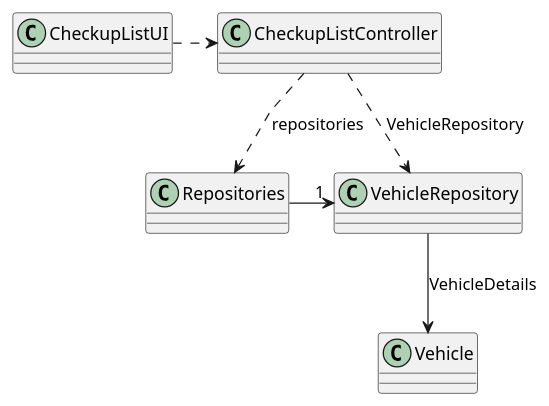
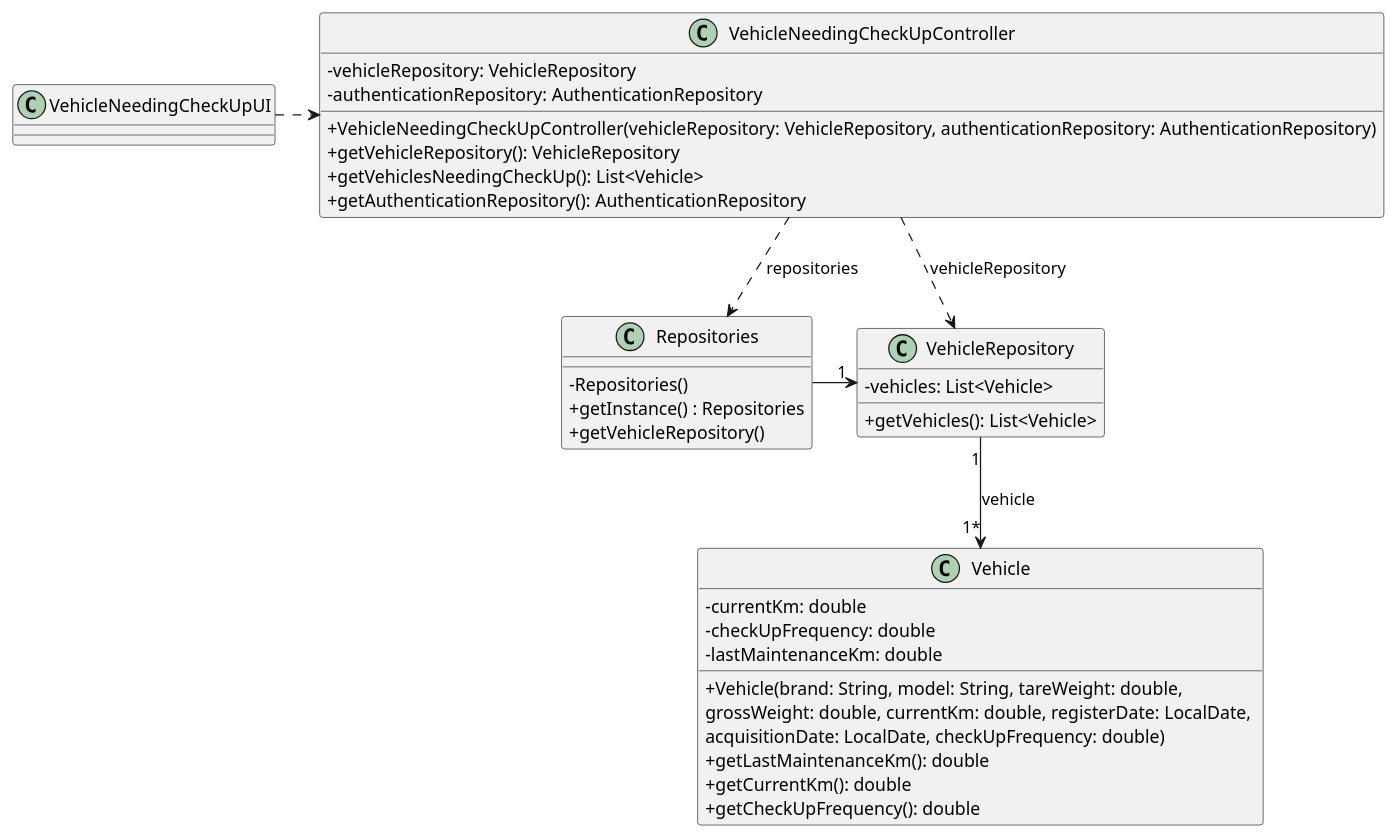
The diagram in docs/sprintB/us008/03.design/puml/us008-class-diagram.puml (Departamento-de-Engenharia-Informatica/lei-24-s2-1df-1de-g063), drawn with PlantUML before and after one commit. The commit also changed 4 other files, not shown here.

Commit message:
design class diagram

```diff
--- a/docs/sprintB/us008/03.design/puml/us008-class-diagram.puml
+++ b/docs/sprintB/us008/03.design/puml/us008-class-diagram.puml
@@ -1,38 +1,52 @@
 @startuml
 'skinparam monochrome true
 skinparam packageStyle rectangle
 skinparam shadowing false
 skinparam linetype polyline
 'skinparam linetype orto
 
 skinparam classAttributeIconSize 0
 
 'left to right direction
 
-class CheckupListUI{
+class VehicleNeedingCheckUpUI{
 
 }
 
-class CheckupListController{
-
+class VehicleNeedingCheckUpController{
+    -vehicleRepository: VehicleRepository
+    -authenticationRepository: AuthenticationRepository
+    +VehicleNeedingCheckUpController(vehicleRepository: VehicleRepository, authenticationRepository: AuthenticationRepository)
+    +getVehicleRepository(): VehicleRepository
+    +getVehiclesNeedingCheckUp(): List<Vehicle>
+    +getAuthenticationRepository(): AuthenticationRepository
 }
 
 class Repositories{
-
+    - Repositories()
+    + getInstance() : Repositories
+    + getVehicleRepository()
 }
 
 class VehicleRepository{
-
+    -vehicles: List<Vehicle>
+    +getVehicles(): List<Vehicle>
 }
 
 class Vehicle{
-
+    -currentKm: double
+    -checkUpFrequency: double
+    -lastMaintenanceKm: double
+    +Vehicle(brand: String, model: String, tareWeight: double, \ngrossWeight: double, currentKm: double, registerDate: LocalDate, \nacquisitionDate: LocalDate, checkUpFrequency: double)
+    +getLastMaintenanceKm(): double
+    +getCurrentKm(): double
+    +getCheckUpFrequency(): double
 }
 
-CheckupListUI .> CheckupListController
-CheckupListController ..> Repositories : repositories
+VehicleNeedingCheckUpUI .> VehicleNeedingCheckUpController
+VehicleNeedingCheckUpController ..> Repositories : repositories
 Repositories -> "1" VehicleRepository
-CheckupListController ..> VehicleRepository : VehicleRepository
-VehicleRepository --> Vehicle : VehicleDetails
+VehicleNeedingCheckUpController ..> VehicleRepository : vehicleRepository
+VehicleRepository "1" --> "1*" Vehicle : vehicle
 
 @enduml
```
